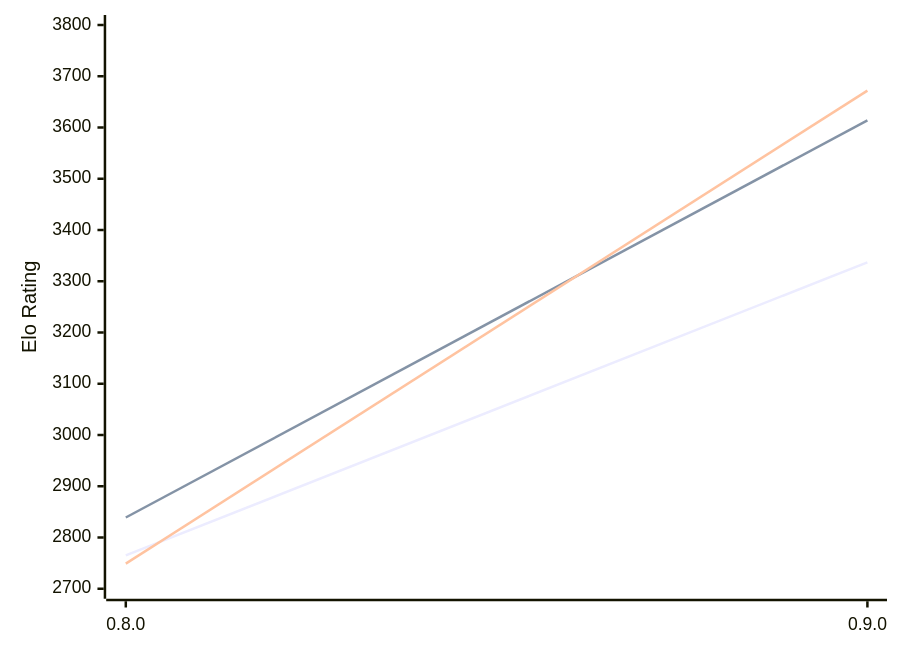
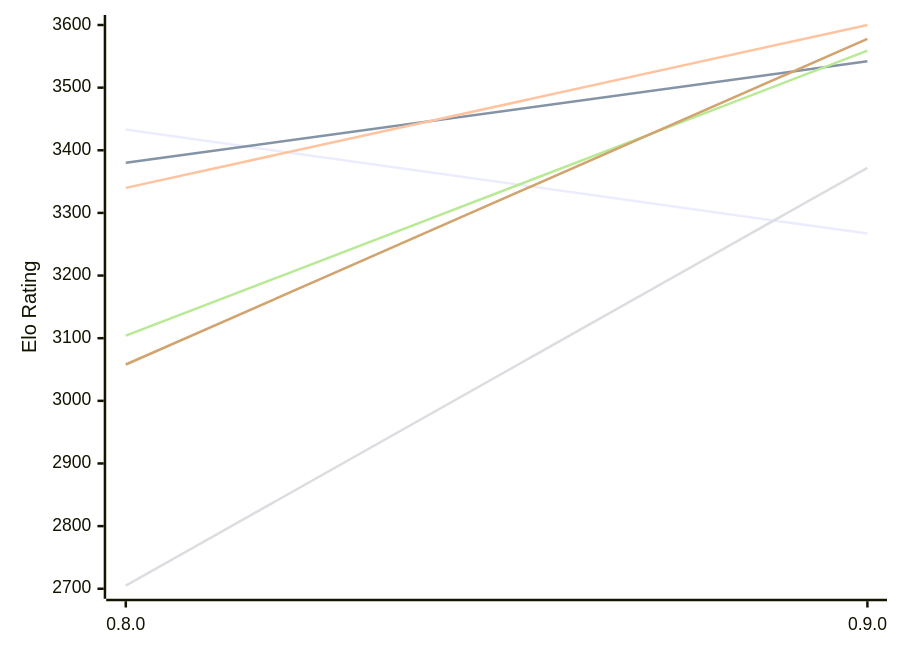
The first of 2 diagrams in engines/Motor.md (computer-chess-index/cci), drawn with Mermaid before and after one commit. The commit also changed other lines of this file, not shown here.

Commit message:
Update CCI Ratings (ELO VLTC) - 2026-11-13

````diff
--- a/engines/Motor.md
+++ b/engines/Motor.md
@@ -51,12 +51,12 @@
 ```mermaid
 %%{init: {"theme":"base","themeVariables":{"seriesColors:['#a3a3a3','#222221','#faa371']}}}%%
 xychart-beta
   x-axis ["0.8.0", "0.9.0"]
-  y-axis "Elo Rating" 2700 --> 3800
-  line "E1: STC (8.0+0.08s)" [2765, 3337]
-  line "E1: LTC (60.0+0.60s)" [2839, 3614]
-  line "E1: VLTC (2m24s+1.12s)" [2749, 3672]
-  line "P1: STC (8.0+0.08s)" [3540]
-  line "P1: LTC (60.0+0.60s)" [3726]
-  line "P1: VLTC (2m24s+1.12s)" [3745]
+  y-axis "Elo Rating" 2700 --> 3600
+  line "E1: STC (8.0+0.08s)" [3433, 3267]
+  line "E1: LTC (60.0+0.60s)" [3380, 3542]
+  line "E1: VLTC (2m24s+1.12s)" [3340, 3600]
+  line "P1: STC (8.0+0.08s)" [2705, 3372]
+  line "P1: LTC (60.0+0.60s)" [3104, 3559]
+  line "P1: VLTC (2m24s+1.12s)" [3058, 3578]
 ```
````
